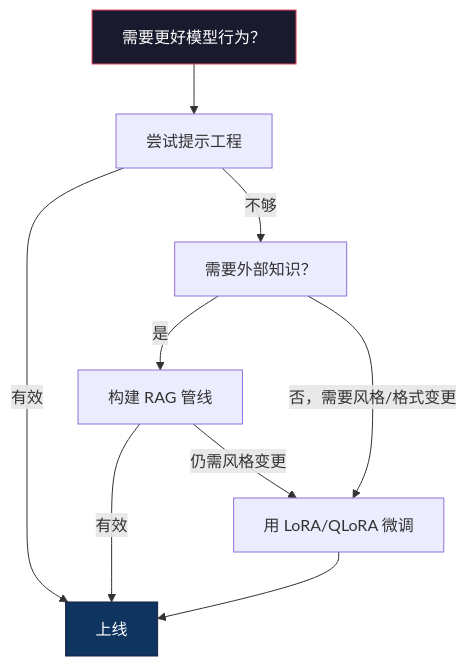
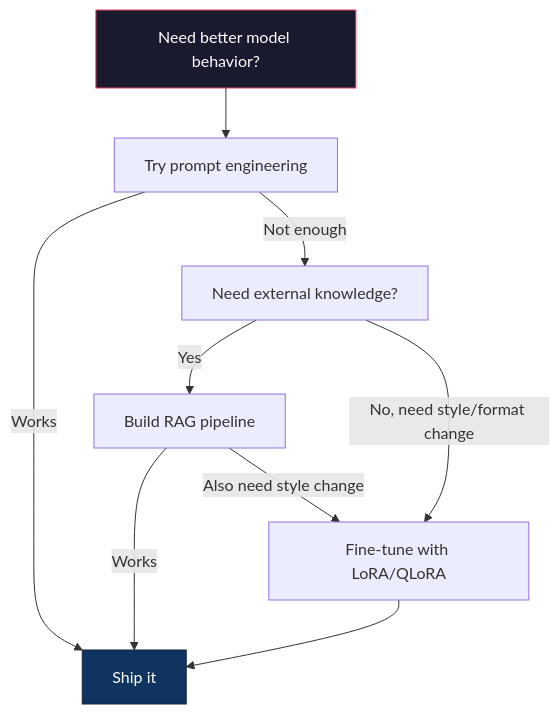
The second of 2 diagrams in i18n/zh/phases/11-llm-engineering/08-fine-tuning-lora/docs/zh.md (xiaojiaenen/ai-engineering-from-scratch-zh), drawn with Mermaid before and after one commit. The commit also changed other lines of this file and 17 other files, not shown here.

````diff
--- a/i18n/zh/phases/11-llm-engineering/08-fine-tuning-lora/docs/zh.md
+++ b/i18n/zh/phases/11-llm-engineering/08-fine-tuning-lora/docs/zh.md
@@ -206,14 +206,14 @@
 ```mermaid
 graph TD
-    Start["需要更好模型行为？"] --> PE["尝试提示工程"]
-    PE -->|"有效"| Done["上线"]
-    PE -->|"不够"| RAG["需要外部知识？"]
-    RAG -->|"是"| RAGBuild["构建 RAG 管线"]
-    RAG -->|"否，需要风格/格式变更"| FT["用 LoRA/QLoRA 微调"]
-    RAGBuild -->|"有效"| Done
-    RAGBuild -->|"仍需风格变更"| FT
+    Start["Need better model behavior?"] --> PE["Try prompt engineering"]
+    PE -->|"Works"| Done["Ship it"]
+    PE -->|"Not enough"| RAG["Need external knowledge?"]
+    RAG -->|"Yes"| RAGBuild["Build RAG pipeline"]
+    RAG -->|"No, need style/format change"| FT["Fine-tune with LoRA/QLoRA"]
+    RAGBuild -->|"Works"| Done
+    RAGBuild -->|"Also need style change"| FT
     FT --> Done
 
     style Start fill:#1a1a2e,stroke:#e94560,color:#fff
     style Done fill:#0f3460,stroke:#16213e,color:#fff
 ```
````
